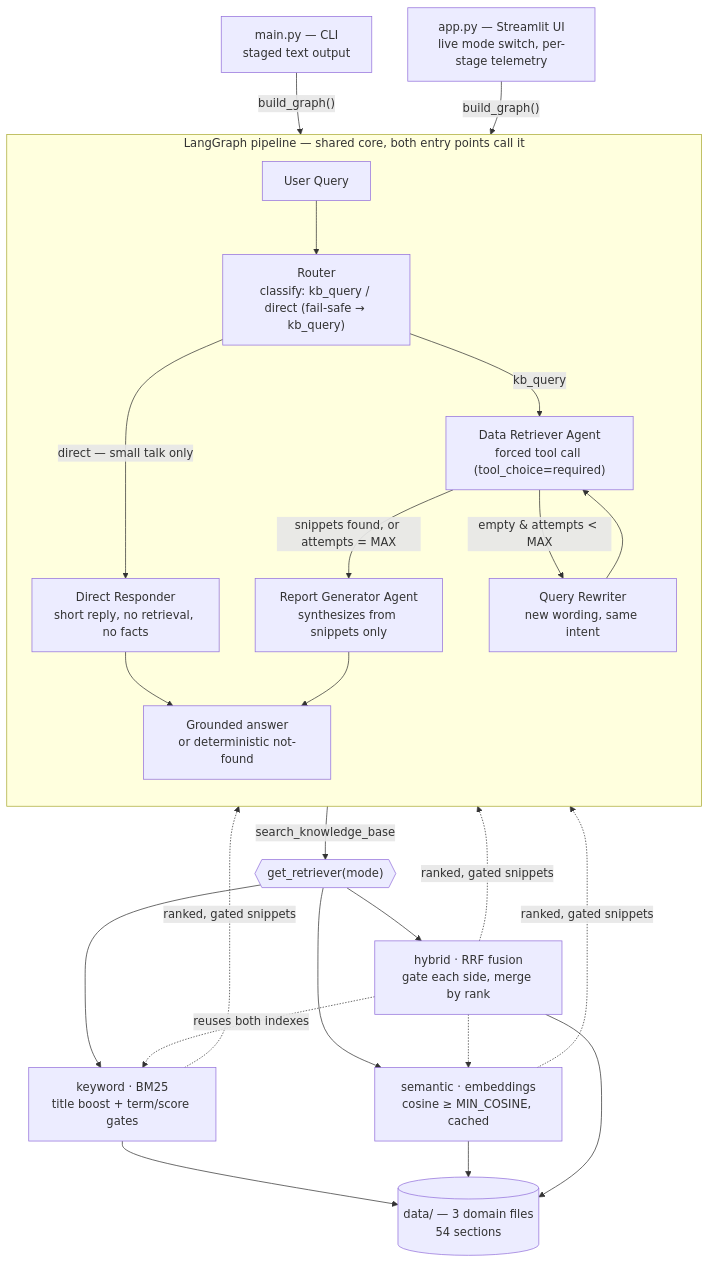
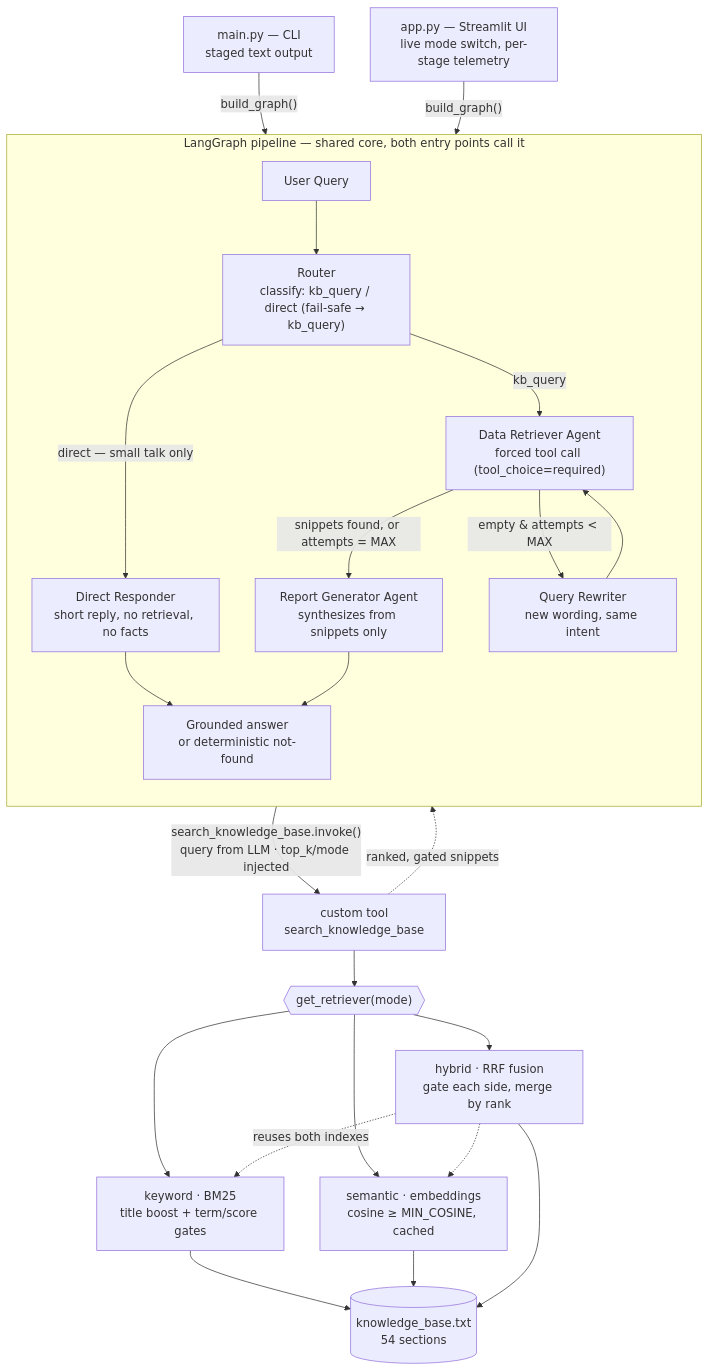
One commit to Sayomphon/Agentic-RAG-Assistant changed the diagram in README.md. Above: the diagram before and after it, drawn with Mermaid. The commit also changed other lines of this file and 18 other files, not shown here.

````diff
--- a/README.md
+++ b/README.md
@@ -18,27 +18,28 @@
 ```mermaid
 flowchart TB
     CLI["main.py — CLI<br/>staged text output"]
     UI["app.py — Streamlit UI<br/>live mode switch, per-stage telemetry"]
     CLI & UI -->|"build_graph()"| BG
 
     subgraph BG["LangGraph pipeline — shared core, both entry points call it"]
       direction TB
       Q[User Query] --> RT["Router<br/>classify: kb_query / direct (fail-safe → kb_query)"]
       RT -->|"direct — small talk only"| DIR["Direct Responder<br/>short reply, no retrieval, no facts"]
       RT -->|kb_query| R["Data Retriever Agent<br/>forced tool call (tool_choice=required)"]
       R -->|"snippets found, or attempts = MAX"| GEN["Report Generator Agent<br/>synthesizes from snippets only"]
       R -->|"empty & attempts < MAX"| RW["Query Rewriter<br/>new wording, same intent"]
       RW --> R
       GEN --> OUT["Grounded answer<br/>or deterministic not-found"]
       DIR --> OUT
     end
 
-    R -->|"search_knowledge_base"| F{{"get_retriever(mode)"}}
+    R -->|"search_knowledge_base.invoke()<br/>query from LLM · top_k/mode injected"| T["custom tool<br/>search_knowledge_base"]
+    T --> F{{"get_retriever(mode)"}}
     F --> K["keyword · BM25<br/>title boost + term/score gates"]
     F --> S["semantic · embeddings<br/>cosine ≥ MIN_COSINE, cached"]
     F --> H["hybrid · RRF fusion<br/>gate each side, merge by rank"]
     H -. "reuses both indexes" .-> K
     H -.-> S
-    K & S & H --> KB[("data/ — 3 domain files<br/>54 sections")]
-    K & S & H -. "ranked, gated snippets" .-> R
+    K & S & H --> KB[("knowledge_base.txt<br/>54 sections")]
+    T -. "ranked, gated snippets" .-> R
 ```
````
